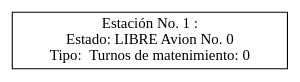
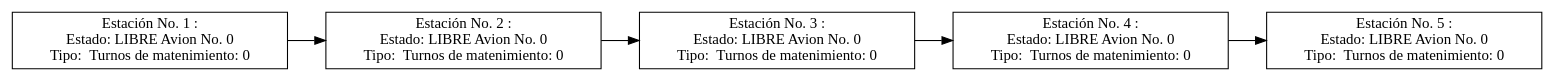
One commit to AbyPalencia/IPC1_201700837 changed the diagram in Proyecto 2/Proyecto2IPC1/mostrarMantenimiento.dot. Above: the diagram before and after it, drawn with Graphviz. The commit also changed 24 other files, not shown here.

```diff
--- a/Proyecto 2/Proyecto2IPC1/mostrarMantenimiento.dot
+++ b/Proyecto 2/Proyecto2IPC1/mostrarMantenimiento.dot
@@ -1,11 +1,27 @@
 digraph listamatenimiento {
 
 rankdir=LR; 
 
 node [shape = box] 
 
-nodo1709438688[label="Estación No. 1 : 
+nodo1884525363[label="Estación No. 1 : 
+Estado: LIBRE Avion No. 0
+ Tipo:  Turnos de matenimiento: 0"];
+nodo1884525363->nodo1343897739;
+nodo1343897739[label="Estación No. 2 : 
+Estado: LIBRE Avion No. 0
+ Tipo:  Turnos de matenimiento: 0"];
+nodo1343897739->nodo942053737;
+nodo942053737[label="Estación No. 3 : 
+Estado: LIBRE Avion No. 0
+ Tipo:  Turnos de matenimiento: 0"];
+nodo942053737->nodo1498942888;
+nodo1498942888[label="Estación No. 4 : 
+Estado: LIBRE Avion No. 0
+ Tipo:  Turnos de matenimiento: 0"];
+nodo1498942888->nodo897505211;
+nodo897505211[label="Estación No. 5 : 
 Estado: LIBRE Avion No. 0
  Tipo:  Turnos de matenimiento: 0"];
 
 }
```
